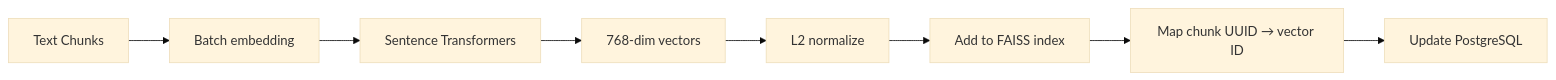
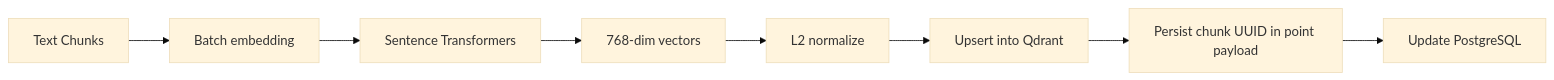
The eighth of 13 diagrams in docs/10_RAG_PIPELINE.md (pratapVansh/TRACE), drawn with Mermaid (base theme) before and after one commit. The commit also changed other lines of this file and 60 other files, not shown here.

````diff
--- a/docs/10_RAG_PIPELINE.md
+++ b/docs/10_RAG_PIPELINE.md
@@ -265,10 +271,10 @@
 ```mermaid
 flowchart LR
     CHK["Text Chunks"] --> BATCH["Batch embedding"]
     BATCH --> ST["Sentence Transformers"]
     ST --> VEC["768-dim vectors"]
     VEC --> NORM["L2 normalize"]
-    NORM --> FAISS["Add to FAISS index"]
-    FAISS --> MAP["Map chunk UUID → vector ID"]
+    NORM --> QDRANT["Upsert into Qdrant"]
+    QDRANT --> MAP["Persist chunk UUID in point payload"]
     MAP --> PG["Update PostgreSQL"]
 ```
````
